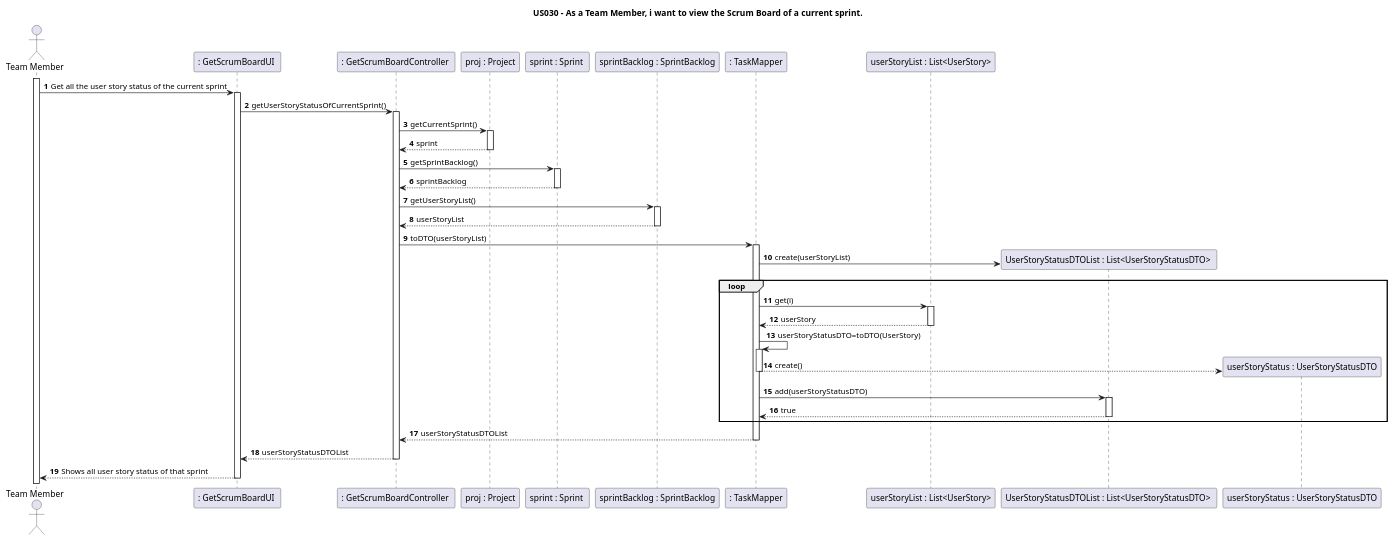
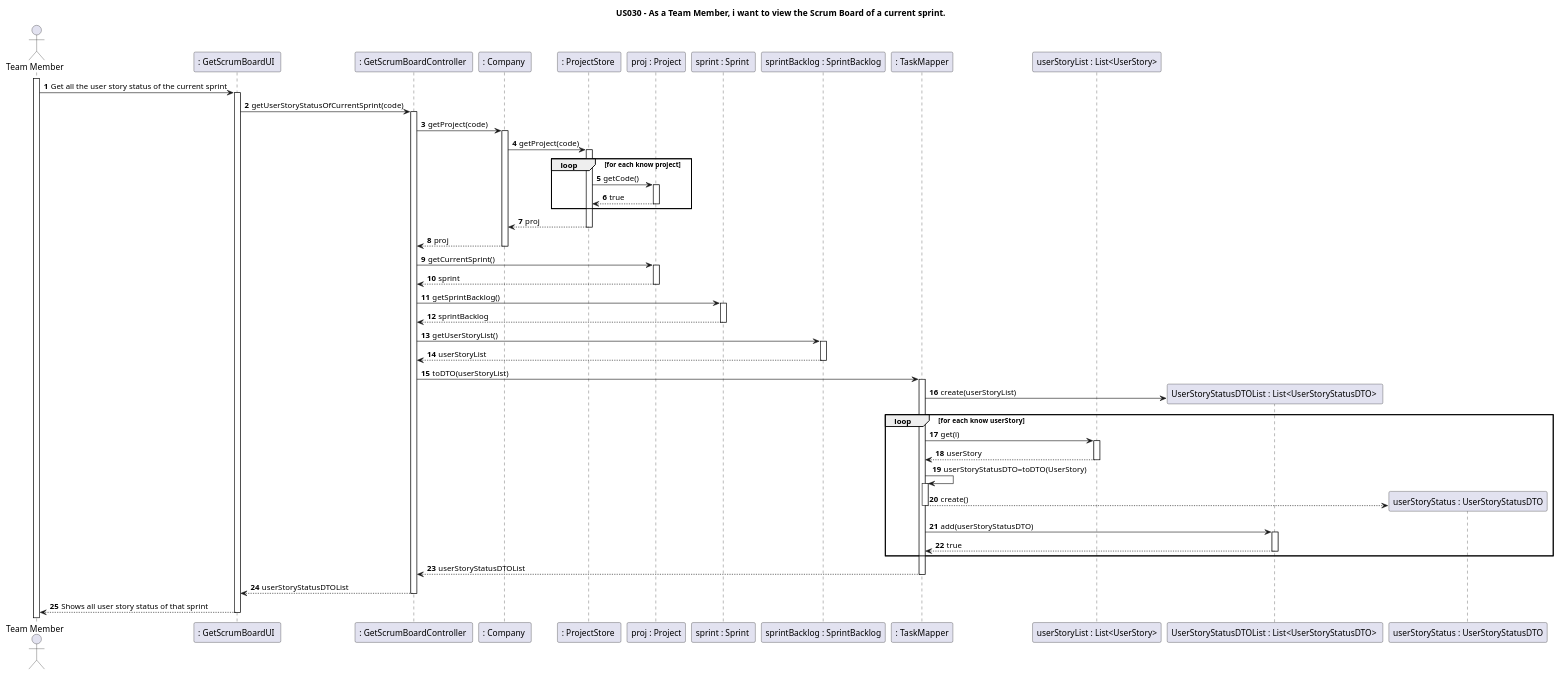
Before and after one commit to nunogon1211787/projectManagement: the diagram in docs/Sprint3/US030/US030-SD.puml, drawn with PlantUML. The commit also changed 18 other files, not shown here.

Commit message:
UserStoryOfSprint Depracated. UserStory adicionado nome, taskList e effort Estimate.

```diff
--- a/docs/Sprint3/US030/US030-SD.puml
+++ b/docs/Sprint3/US030/US030-SD.puml
@@ -1,48 +1,58 @@
 @startuml
 'https://plantuml.com/class-diagram
 
 title US030 - As a Team Member, i want to view the Scrum Board of a current sprint.
 
 autoactivate on
 autonumber
 
 actor "Team Member" as TeamMember
 
 participant ": GetScrumBoardUI " as UI
 participant ": GetScrumBoardController " as controller
+participant ": Company " as company
+participant ": ProjectStore " as ProjStore
 participant "proj : Project" as proj
 participant "sprint : Sprint " as sprint
 participant "sprintBacklog : SprintBacklog" as sprintBacklog
 participant ": TaskMapper" as mapper
 participant "userStoryList : List<UserStory>" as userStoryList
 participant "UserStoryStatusDTOList : List<UserStoryStatusDTO> " as tasksDTOList
 participant "userStoryStatus : UserStoryStatusDTO" as UserStoryStatus
 
 activate TeamMember
 
 TeamMember -> UI: Get all the user story status of the current sprint
 
-UI -> controller: getUserStoryStatusOfCurrentSprint()
+UI -> controller: getUserStoryStatusOfCurrentSprint(code)
+controller -> company: getProject(code)
+company -> ProjStore: getProject(code)
+loop for each know project
+ProjStore -> proj: getCode()
+return true
+end
+return proj
+return proj
 controller -> proj: getCurrentSprint()
 return sprint
 controller -> sprint: getSprintBacklog()
 return sprintBacklog
 controller -> sprintBacklog: getUserStoryList()
 return userStoryList
 controller -> mapper : toDTO(userStoryList)
 mapper -> tasksDTOList**: create(userStoryList)
-loop
+loop for each  know userStory
 mapper -> userStoryList : get(i)
 return userStory
 mapper -> mapper : userStoryStatusDTO=toDTO(UserStory)
 mapper --> UserStoryStatus**: create()
 deactivate
 mapper -> tasksDTOList : add(userStoryStatusDTO)
 return true
 end
 return userStoryStatusDTOList
 return userStoryStatusDTOList
 return Shows all user story status of that sprint
 
 
 @enduml
```
